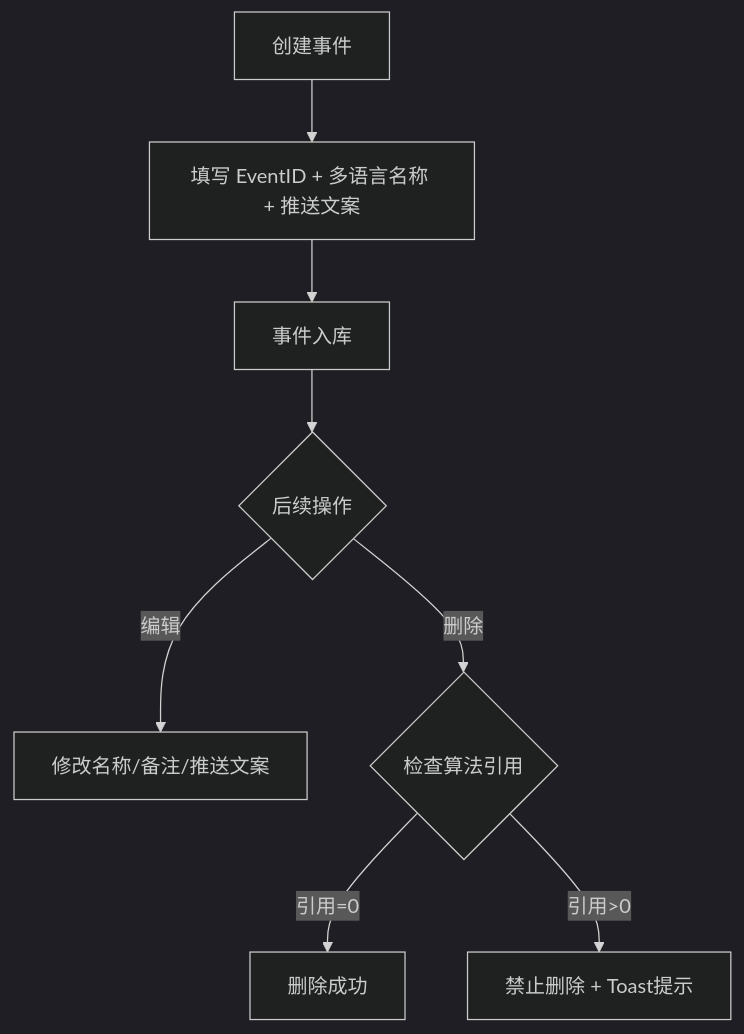
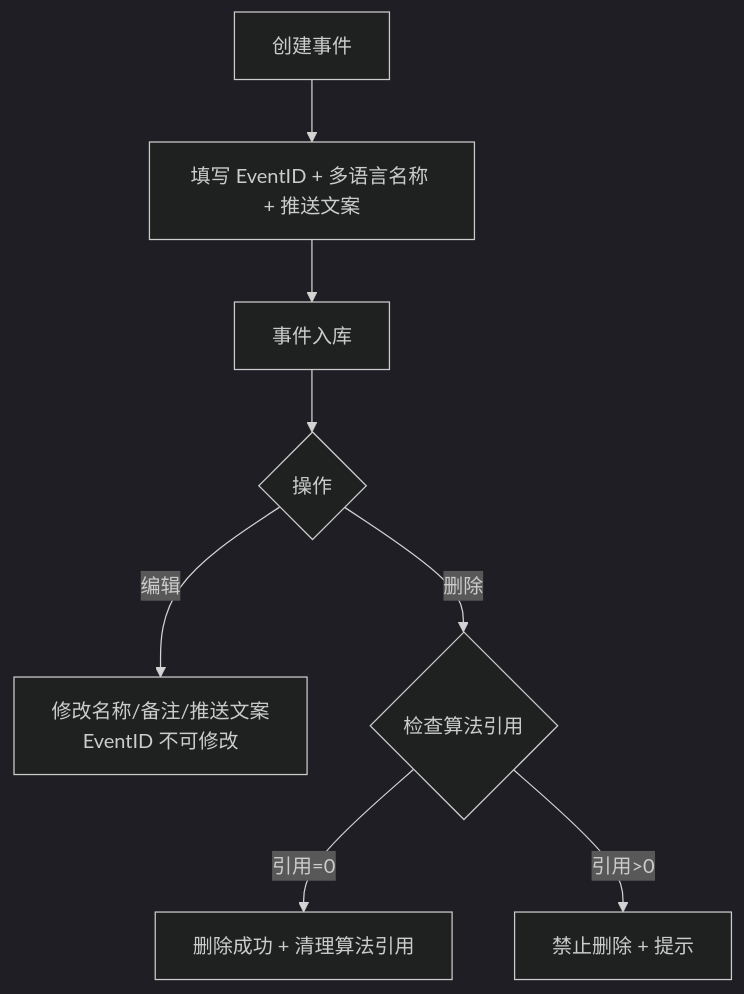
Before and after one commit to hongtao-l/platform: the third of 4 diagrams in docs/prd_full/算法管理/算法管理03PRD.md, drawn with Mermaid (dark theme). The commit also changed other lines of this file and 30 other files, not shown here.

````diff
--- a/docs/prd_full/算法管理/算法管理03PRD.md
+++ b/docs/prd_full/算法管理/算法管理03PRD.md
@@ -93,10 +150,10 @@
 ```mermaid
 flowchart TD
     A[创建事件] --> B[填写 EventID + 多语言名称 + 推送文案]
     B --> C[事件入库]
-    C --> D{后续操作}
-    D -->|编辑| E[修改名称/备注/推送文案]
+    C --> D{操作}
+    D -->|编辑| E[修改名称/备注/推送文案<br/>EventID 不可修改]
     D -->|删除| F{检查算法引用}
-    F -->|引用=0| G[删除成功]
-    F -->|引用>0| H[禁止删除 + Toast提示]
+    F -->|引用=0| G[删除成功 + 清理算法引用]
+    F -->|引用>0| H[禁止删除 + 提示]
 ```
````
